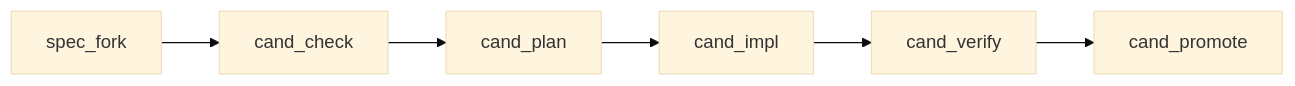
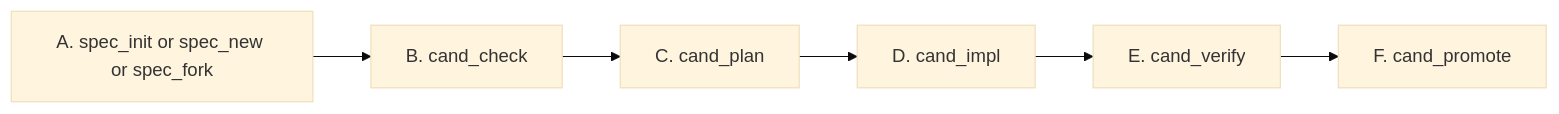
The fourth of 7 diagrams in README.md (mfblog/specflow), drawn with Mermaid (base theme) before and after one commit. The commit also changed other lines of this file and 1 other file, not shown here.

````diff
--- a/README.md
+++ b/README.md
@@ -495,8 +418,8 @@
 ```mermaid
 flowchart LR
-    A["spec_fork"] --> B["cand_check"]
-    B --> C["cand_plan"]
-    C --> D["cand_impl"]
-    D --> E["cand_verify"]
-    E --> F["cand_promote"]
+    A["A. spec_init or spec_new or spec_fork"] --> B["B. cand_check"]
+    B --> C["C. cand_plan"]
+    C --> D["D. cand_impl"]
+    D --> E["E. cand_verify"]
+    E --> F["F. cand_promote"]
 ```
````
